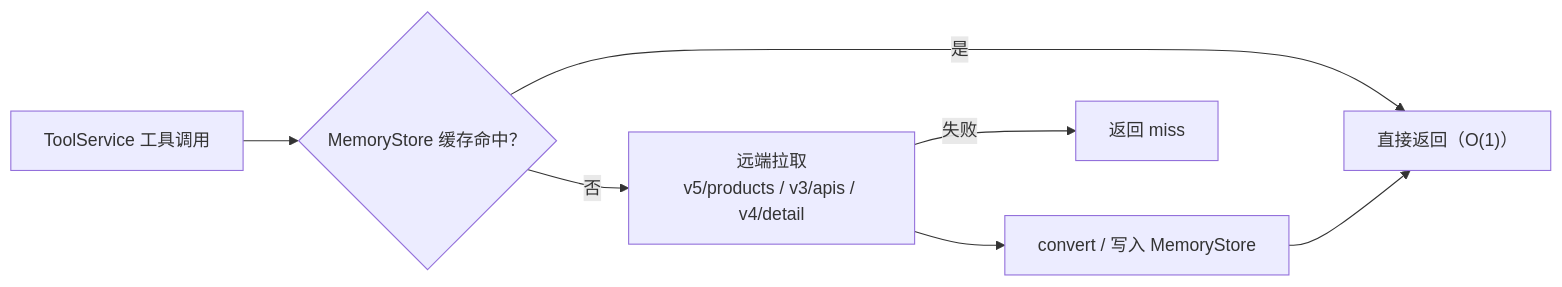
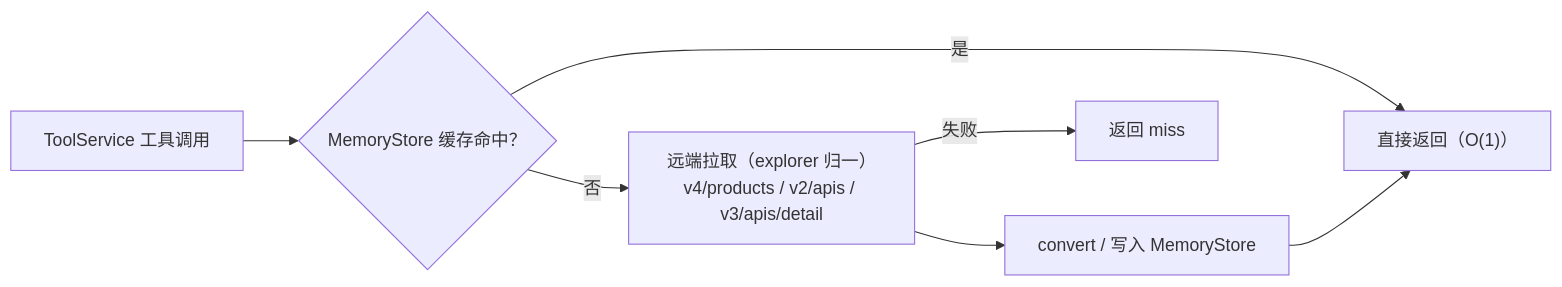
Before and after one commit to huaweicloud-mate/huaweicloud-open-mcp: the fourth of 7 diagrams in docs/mcp-openapi.md, drawn with Mermaid. The commit also changed other lines of this file and 15 other files, not shown here.

````diff
--- a/docs/mcp-openapi.md
+++ b/docs/mcp-openapi.md
@@ -136,9 +136,9 @@
 ```mermaid
 flowchart LR
     A["ToolService 工具调用"] --> B{"MemoryStore 缓存命中？"}
     B -->|是| C["直接返回（O(1)）"]
-    B -->|否| D["远端拉取<br/>v5/products / v3/apis / v4/detail"]
+    B -->|否| D["远端拉取（explorer 归一）<br/>v4/products / v2/apis / v3/apis/detail"]
     D --> E["convert / 写入 MemoryStore"]
     E --> C
     D -->|失败| F["返回 miss"]
 ```
````
